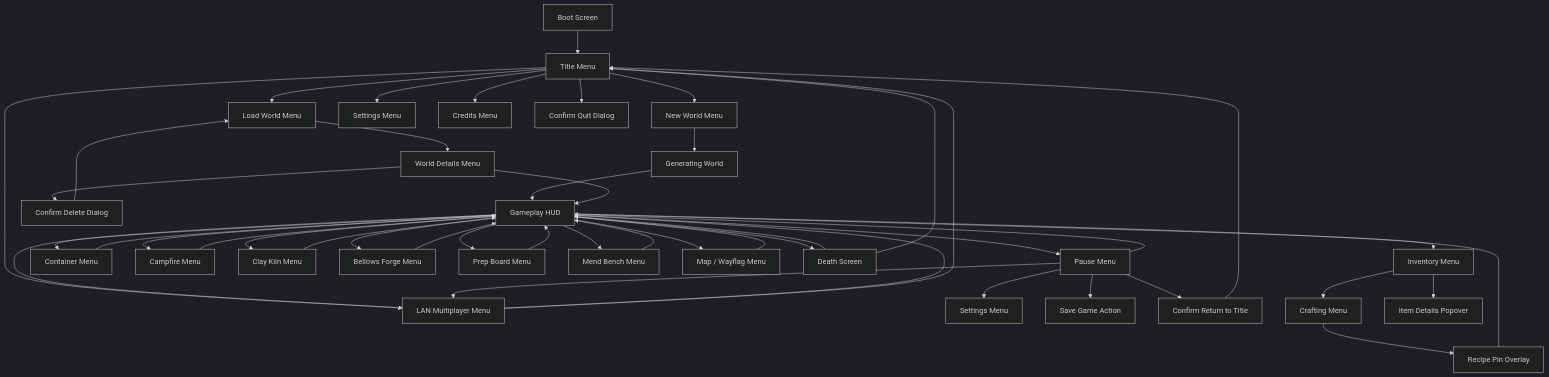
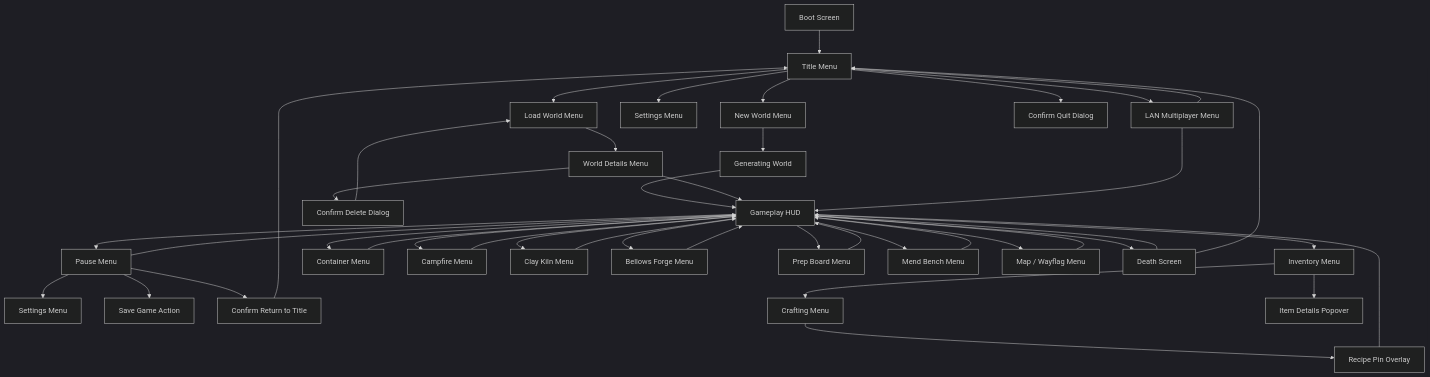
One commit to eslutz/Blockiverse-VR changed the diagram in docs/rulesets/voxel_survival_menus.md. Above: the diagram before and after it, drawn with Mermaid (dark theme). The commit also changed other lines of this file and 360 other files, not shown here.

````diff
--- a/docs/rulesets/voxel_survival_menus.md
+++ b/docs/rulesets/voxel_survival_menus.md
@@ -117,56 +116,53 @@
 ```mermaid
 flowchart TD
     Boot[Boot Screen] --> Title[Title Menu]
 
     Title --> NewWorld[New World Menu]
     Title --> LoadWorld[Load World Menu]
     Title --> SettingsTitle[Settings Menu]
     Title --> LanMenu[LAN Multiplayer Menu]
-    Title --> Credits[Credits Menu]
     Title --> QuitConfirm[Confirm Quit Dialog]
 
     NewWorld --> WorldGen[Generating World]
     WorldGen --> HUD[Gameplay HUD]
 
     LoadWorld --> WorldDetails[World Details Menu]
     WorldDetails --> HUD
     WorldDetails --> DeleteConfirm[Confirm Delete Dialog]
     DeleteConfirm --> LoadWorld
 
     HUD --> Pause[Pause Menu]
-    HUD --> LanMenu
     Pause --> HUD
     Pause --> SettingsPause[Settings Menu]
-    Pause --> LanMenu
     Pause --> SaveGame[Save Game Action]
     Pause --> ReturnTitleConfirm[Confirm Return to Title]
     ReturnTitleConfirm --> Title
 
     HUD --> Inventory[Inventory Menu]
     Inventory --> Crafting[Crafting Menu]
     Inventory --> ItemDetails[Item Details Popover]
     Crafting --> RecipePin[Recipe Pin Overlay]
     RecipePin --> HUD
 
     HUD --> Container[Container Menu]
     HUD --> Campfire[Campfire Menu]
     HUD --> Kiln[Clay Kiln Menu]
     HUD --> Forge[Bellows Forge Menu]
     HUD --> Prep[Prep Board Menu]
     HUD --> Mend[Mend Bench Menu]
     HUD --> Map[Map / Wayflag Menu]
 
     Campfire --> HUD
     Kiln --> HUD
     Forge --> HUD
     Prep --> HUD
     Mend --> HUD
     Container --> HUD
     Map --> HUD
     LanMenu --> HUD
     LanMenu --> Title
 
     HUD --> Death[Death Screen]
     Death --> HUD
     Death --> Title
 ```
````
